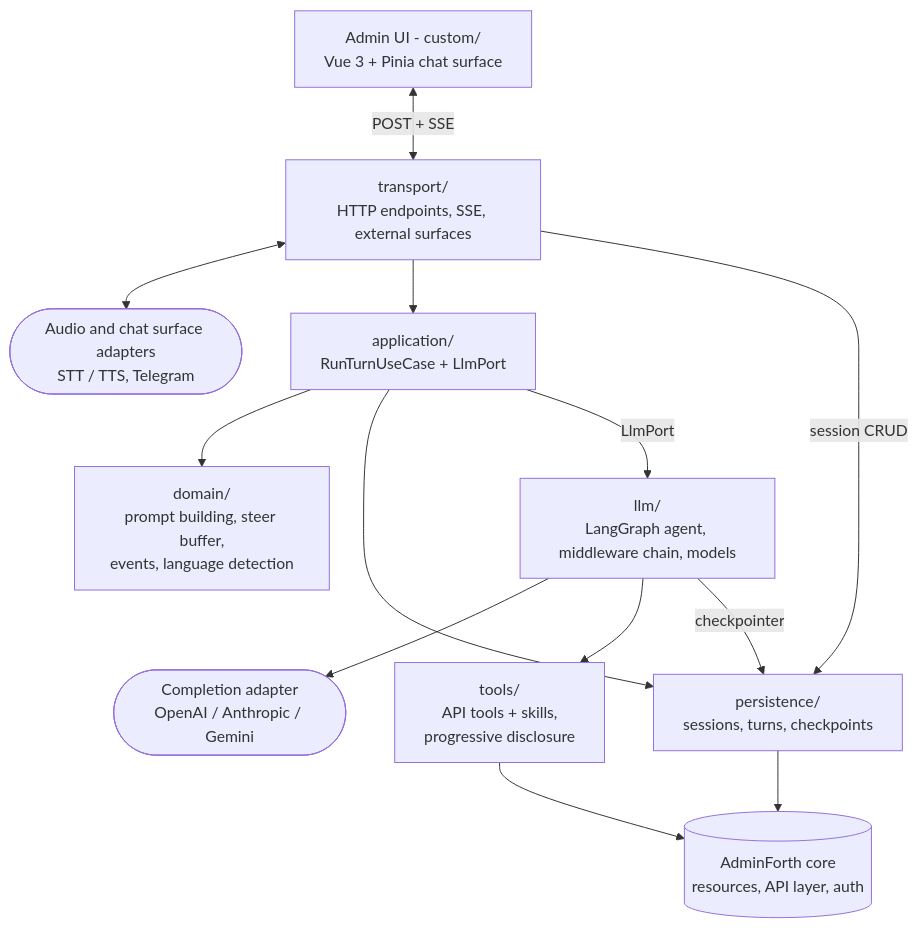
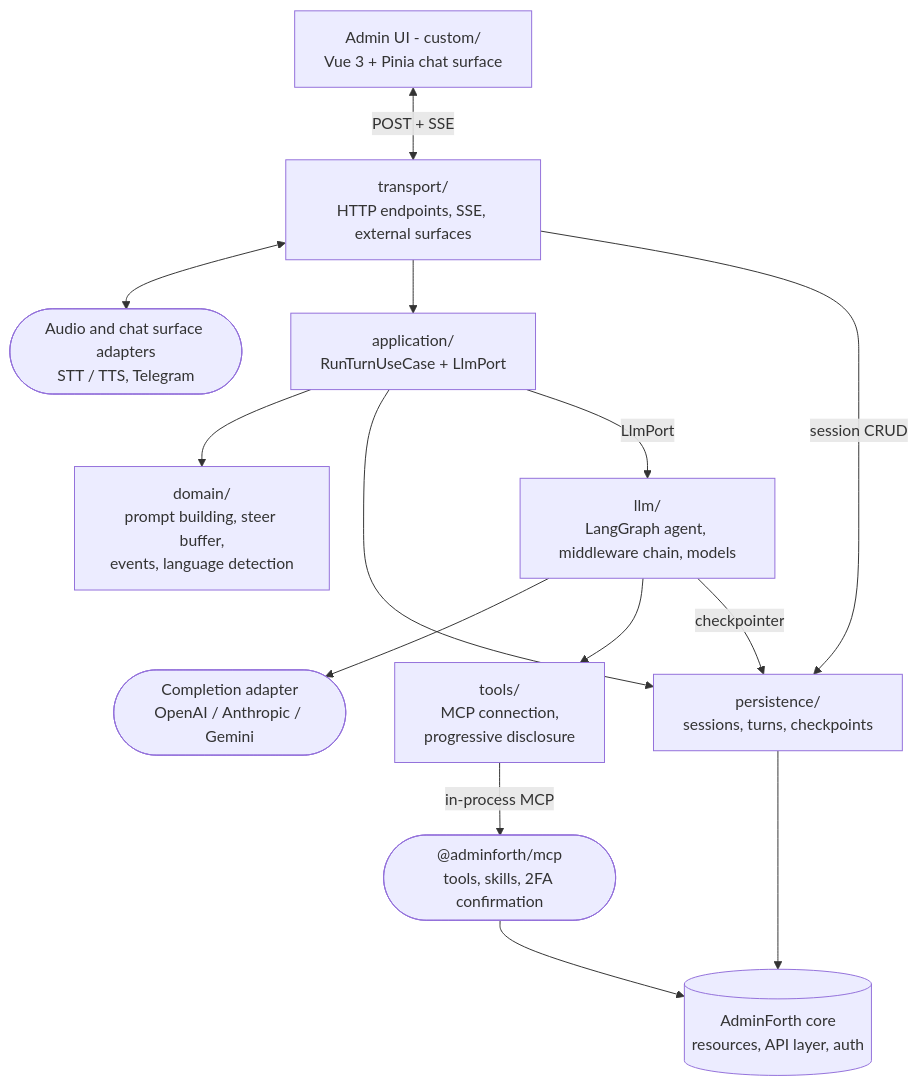
The first of 3 diagrams in README.md (devforth/adminforth-agent), drawn with Mermaid before and after one commit. The commit also changed other lines of this file and 29 other files, not shown here.

Commit message:
feat: agent works through the tools and skills of the in-process MCP server instead of its own API tools

````diff
--- a/README.md
+++ b/README.md
@@ -58,27 +61,29 @@
 ```mermaid
 flowchart TB
     UI["Admin UI - custom/<br/>Vue 3 + Pinia chat surface"]
     TR["transport/<br/>HTTP endpoints, SSE, external surfaces"]
     APP["application/<br/>RunTurnUseCase + LlmPort"]
     DOM["domain/<br/>prompt building, steer buffer,<br/>events, language detection"]
     LLMS["llm/<br/>LangGraph agent, middleware chain, models"]
-    TLS["tools/<br/>API tools + skills,<br/>progressive disclosure"]
+    TLS["tools/<br/>MCP connection,<br/>progressive disclosure"]
     PRS["persistence/<br/>sessions, turns, checkpoints"]
 
+    MCPS(["@adminforth/mcp<br/>tools, skills, 2FA confirmation"])
     AF[("AdminForth core<br/>resources, API layer, auth")]
     MODEL(["Completion adapter<br/>OpenAI / Anthropic / Gemini"])
     ADPT(["Audio and chat surface adapters<br/>STT / TTS, Telegram"])
 
     UI <-->|"POST + SSE"| TR
     TR <--> ADPT
     TR --> APP
     TR -->|"session CRUD"| PRS
     APP --> DOM
     APP --> PRS
     APP -->|"LlmPort"| LLMS
     LLMS --> MODEL
     LLMS --> TLS
     LLMS -->|"checkpointer"| PRS
-    TLS --> AF
+    TLS -->|"in-process MCP"| MCPS
+    MCPS --> AF
     PRS --> AF
 ```
````
